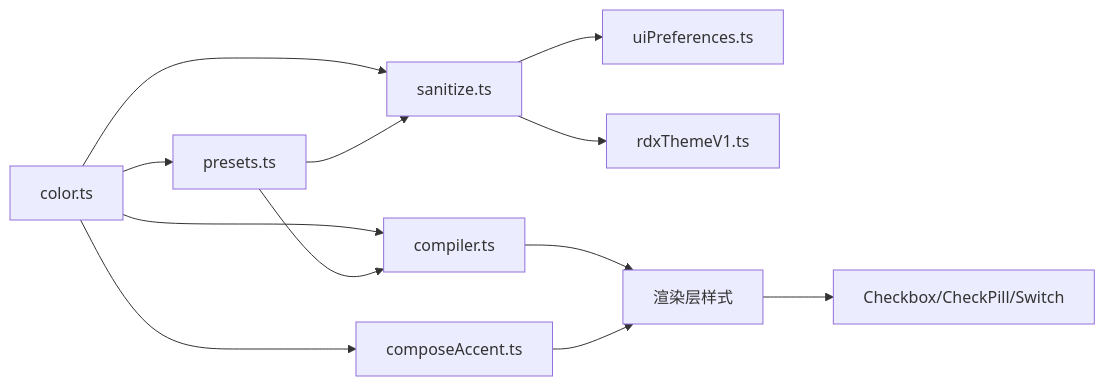
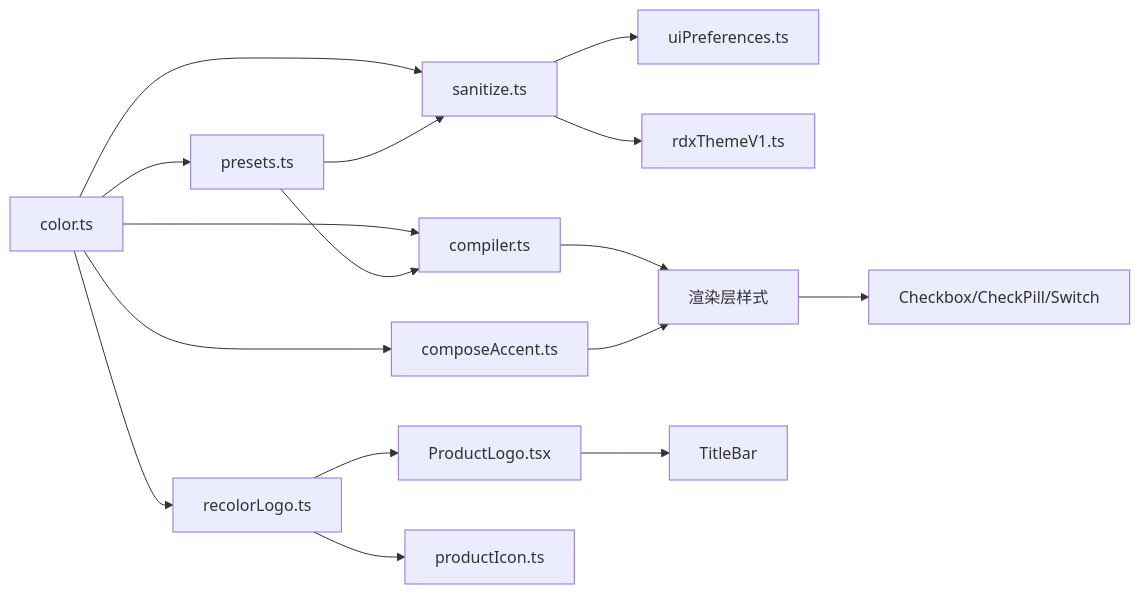
The seventh of 7 diagrams in .qoder/repowiki/zh/content/架构设计/渲染器架构/UI 特性/主题系统.md (haolange/RDC-Agent), drawn with Mermaid before and after one commit. The commit also changed other lines of this file and 80 other files, not shown here.

````diff
--- a/.qoder/repowiki/zh/content/架构设计/渲染器架构/UI 特性/主题系统.md
+++ b/.qoder/repowiki/zh/content/架构设计/渲染器架构/UI 特性/主题系统.md
@@ -382,14 +475,18 @@
 ```mermaid
 graph LR
 Color["color.ts"] --> Presets["presets.ts"]
 Color --> Sanitize["sanitize.ts"]
 Color --> Compiler["compiler.ts"]
 Color --> Compose["composeAccent.ts"]
+Color --> Recolor["recolorLogo.ts"]
 Presets --> Sanitize
 Presets --> Compiler
 Sanitize --> UiPrefs["uiPreferences.ts"]
 Sanitize --> RdxV1["rdxThemeV1.ts"]
 Compiler --> Renderer["渲染层样式"]
 Compose --> Renderer
+Recolor --> ProductLogo["ProductLogo.tsx"]
+Recolor --> ProductIcon["productIcon.ts"]
 Renderer --> Components["Checkbox/CheckPill/Switch"]
+ProductLogo --> TitleBar["TitleBar"]
 ```
````
